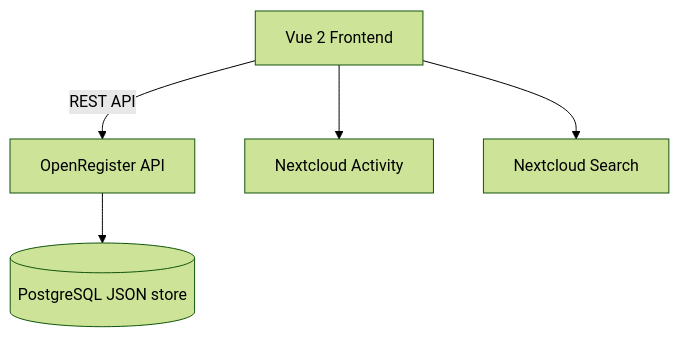
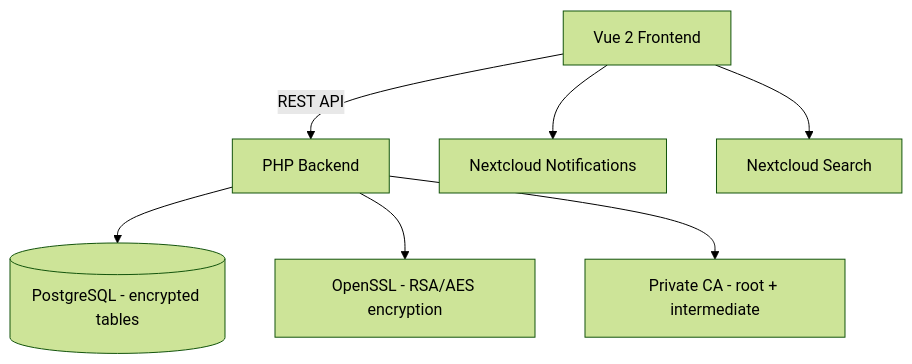
One commit to ConductionNL/keepiq changed the diagram in README.md. Above: the diagram before and after it, drawn with Mermaid (forest theme). The commit also changed other lines of this file and 47 other files, not shown here.

````diff
--- a/README.md
+++ b/README.md
@@ -41,7 +46,9 @@
 ```mermaid
 graph TD
-    A[Vue 2 Frontend] -->|REST API| B[OpenRegister API]
-    B --> C[(PostgreSQL JSON store)]
-    A --> D[Nextcloud Activity]
-    A --> E[Nextcloud Search]
+    A[Vue 2 Frontend] -->|REST API| B[PHP Backend]
+    B --> C[(PostgreSQL - encrypted tables)]
+    B --> D[OpenSSL - RSA/AES encryption]
+    B --> E[Private CA - root + intermediate]
+    A --> F[Nextcloud Notifications]
+    A --> G[Nextcloud Search]
 ```
````
